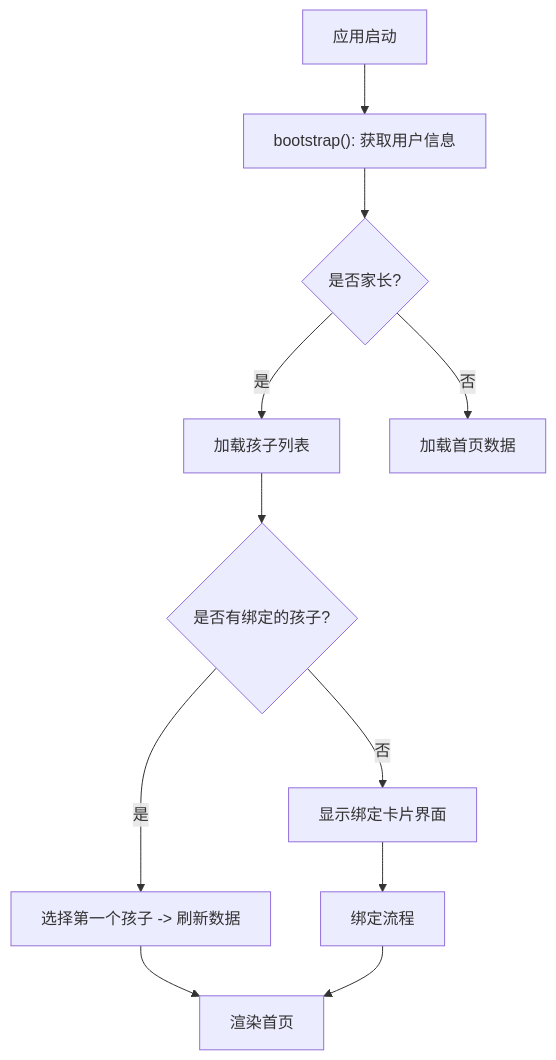
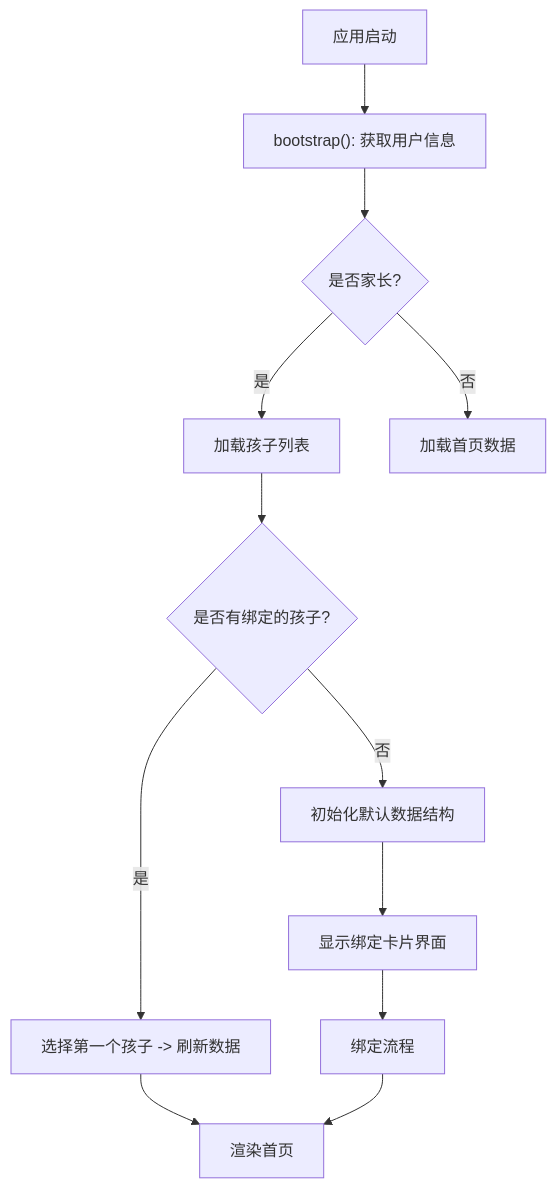
The tenth of 11 diagrams in .qoder/repowiki/zh/content/暑假作业打卡系统/前端应用设计/学生端应用.md (onebody/homework), drawn with Mermaid before and after one commit. The commit also changed other lines of this file and 3 other files, not shown here.

````diff
--- a/.qoder/repowiki/zh/content/暑假作业打卡系统/前端应用设计/学生端应用.md
+++ b/.qoder/repowiki/zh/content/暑假作业打卡系统/前端应用设计/学生端应用.md
@@ -402,13 +424,14 @@
 ```mermaid
 flowchart TD
 Init["应用启动"] --> Boot["bootstrap(): 获取用户信息"]
 Boot --> Role{"是否家长?"}
 Role -- 是 --> LoadChildren["加载孩子列表"]
 Role -- 否 --> LoadHome["加载首页数据"]
 LoadChildren --> HasChildren{"是否有绑定的孩子?"}
 HasChildren -- 是 --> SelectChild["选择第一个孩子 -> 刷新数据"]
-HasChildren -- 否 --> ShowBindCard["显示绑定卡片界面"]
+HasChildren -- 否 --> InitData["初始化默认数据结构"]
+InitData --> ShowBindCard["显示绑定卡片界面"]
 SelectChild --> View["渲染首页"]
 ShowBindCard --> BindProcess["绑定流程"]
 BindProcess --> View
 ```
````
